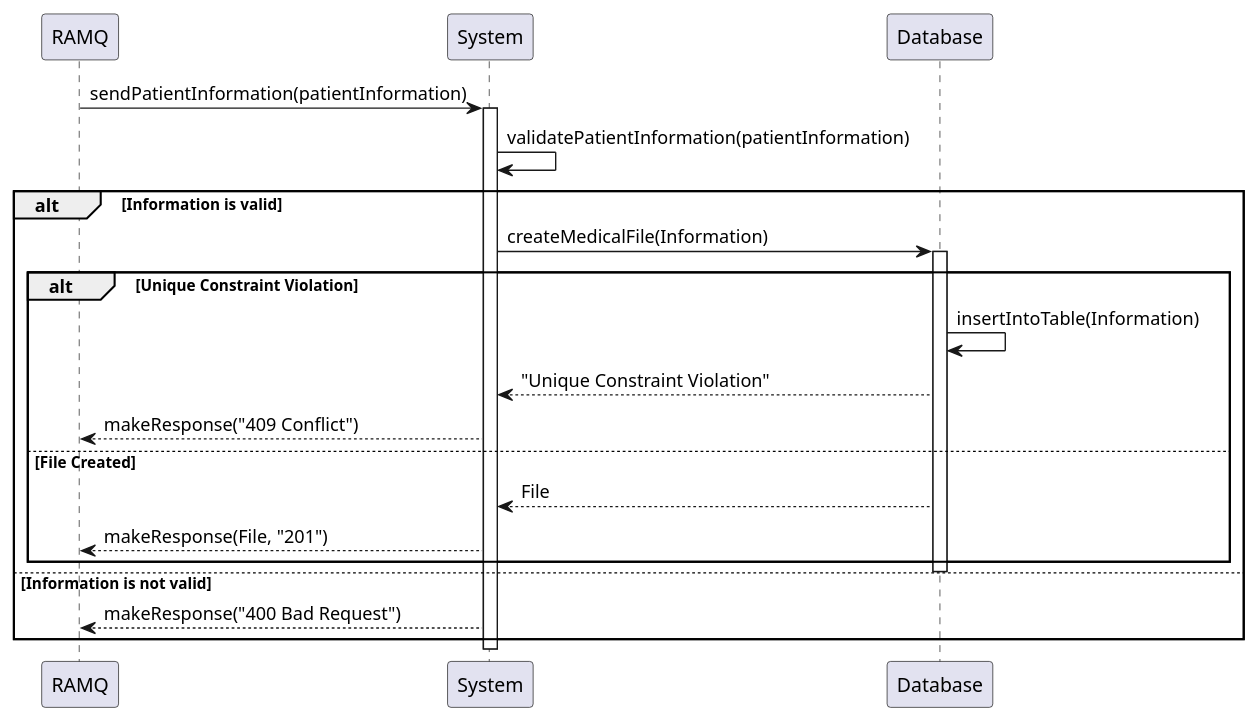
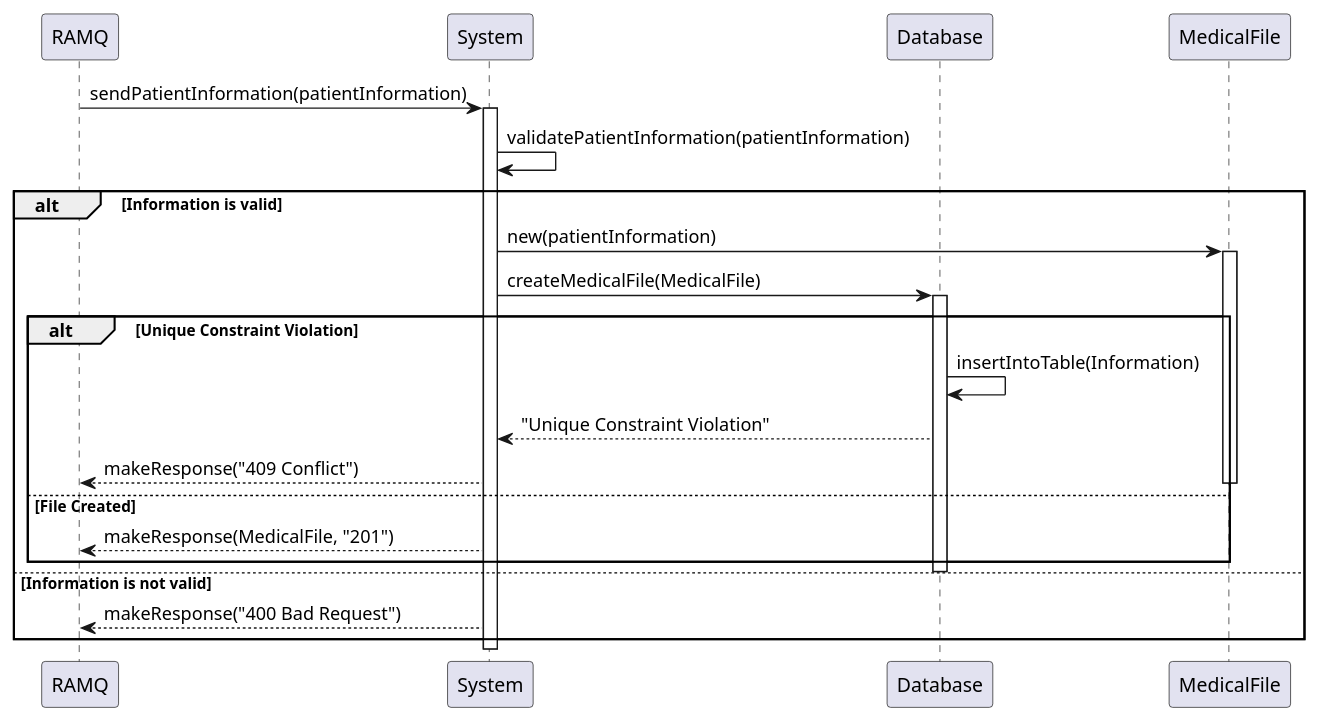
One commit to KevenJAntenor/Quebec-Centralized-Medical-Record-System changed the diagram in plantUml/sequence-create.puml. Above: the diagram before and after it, drawn with PlantUML. The commit also changed 13 other files, not shown here.

Commit message:
fix: add classes to sequence diagrams

```diff
--- a/plantUml/sequence-create.puml
+++ b/plantUml/sequence-create.puml
@@ -1,28 +1,31 @@
 @startuml 
 
 participant "RAMQ" as RAMQ
 participant "System" as System
 participant "Database" as Database
+participant "MedicalFile" as MedFile
 
 RAMQ -> System: sendPatientInformation(patientInformation)
 activate System
 System -> System: validatePatientInformation(patientInformation)
 alt Information is valid
-    System -> Database: createMedicalFile(Information)
+    System -> MedFile: new(patientInformation)
+    activate MedFile
+    System -> Database: createMedicalFile(MedicalFile)
     activate Database
     alt Unique Constraint Violation
     Database -> Database: insertIntoTable(Information)
 
         Database --> System: "Unique Constraint Violation"
         System --> RAMQ: makeResponse("409 Conflict")
     else File Created
-        Database --> System: File
-        System --> RAMQ: makeResponse(File, "201")
+        deactivate MedFile
+        System --> RAMQ: makeResponse(MedicalFile, "201")
     end
     deactivate Database
 else Information is not valid
     System --> RAMQ: makeResponse("400 Bad Request")
 end
 deactivate System
 
 @enduml
```
